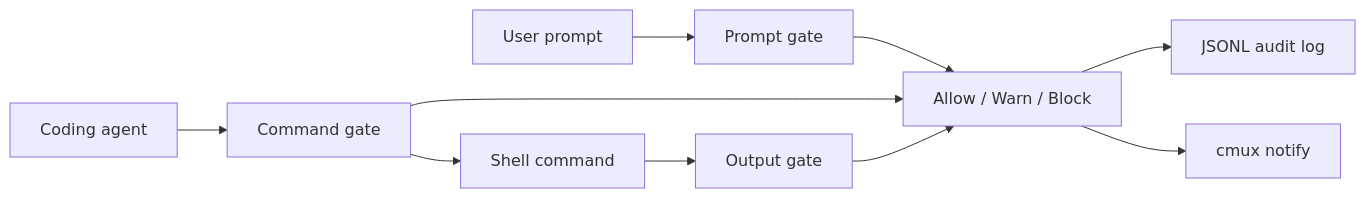
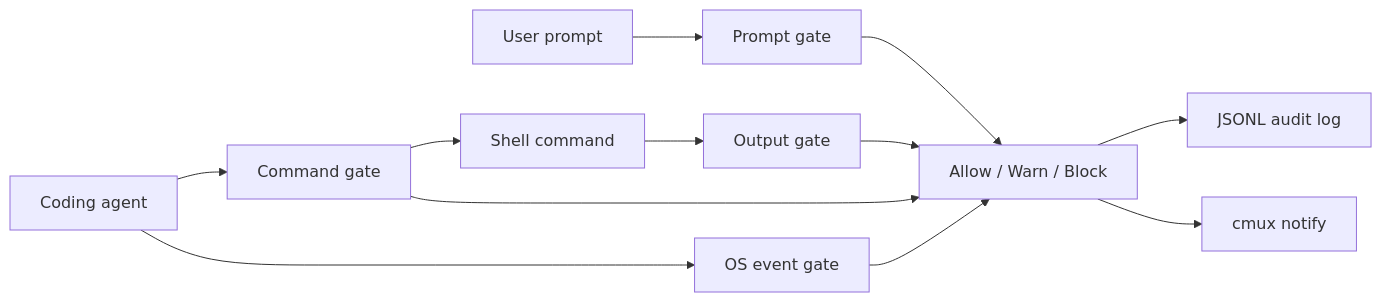
One commit to sjin0911/CMUX-x-AIM-Hackathon---404gent changed the diagram in docs/ARCHITECTURE.md. Above: the diagram before and after it, drawn with Mermaid. The commit also changed other lines of this file and 16 other files, not shown here.

````diff
--- a/docs/ARCHITECTURE.md
+++ b/docs/ARCHITECTURE.md
@@ -7,12 +7,14 @@
 ```mermaid
 flowchart LR
   User["User prompt"] --> PromptGate["Prompt gate"]
   Agent["Coding agent"] --> CommandGate["Command gate"]
   CommandGate --> Shell["Shell command"]
+  Agent --> OsGate["OS event gate"]
   Shell --> OutputGate["Output gate"]
   PromptGate --> Decision["Allow / Warn / Block"]
   CommandGate --> Decision
+  OsGate --> Decision
   OutputGate --> Decision
   Decision --> Audit["JSONL audit log"]
   Decision --> Cmux["cmux notify"]
 ```
````
